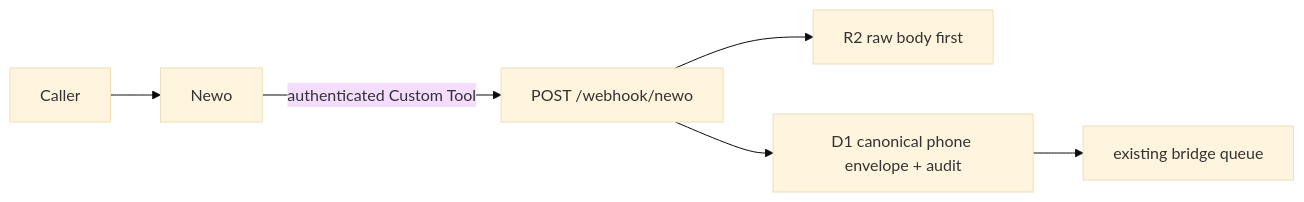
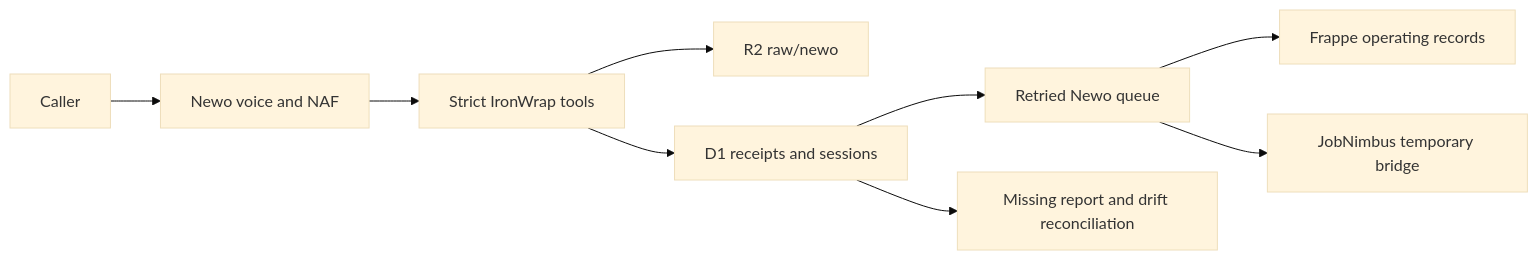
One commit to Iron-Wrap/ironwrap-os changed the diagram in docs/NEWO-INTEGRATION.md. Above: the diagram before and after it, drawn with Mermaid (base theme). The commit also changed other lines of this file and 19 other files, not shown here.

````diff
--- a/docs/NEWO-INTEGRATION.md
+++ b/docs/NEWO-INTEGRATION.md
@@ -8,8 +9,11 @@
 ```mermaid
 flowchart LR
-  Caller --> Newo
-  Newo -->|"authenticated Custom Tool"| Bus["POST /webhook/newo"]
-  Bus --> R2["R2 raw body first"]
-  Bus --> D1["D1 canonical phone envelope + audit"]
-  D1 --> Queue["existing bridge queue"]
+  Caller --> Newo["Newo voice and NAF"]
+  Newo --> Tools["Strict IronWrap tools"]
+  Tools --> R2["R2 raw/newo"]
+  Tools --> D1["D1 receipts and sessions"]
+  D1 --> Queue["Retried Newo queue"]
+  Queue --> Frappe["Frappe operating records"]
+  Queue --> JN["JobNimbus temporary bridge"]
+  D1 --> Reconcile["Missing report and drift reconciliation"]
 ```
````
